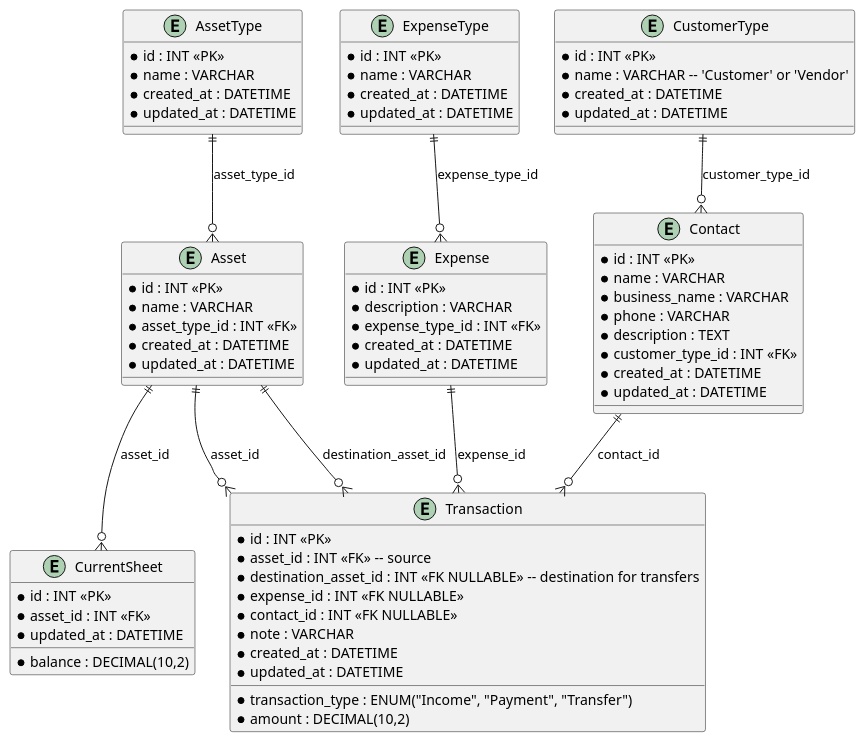
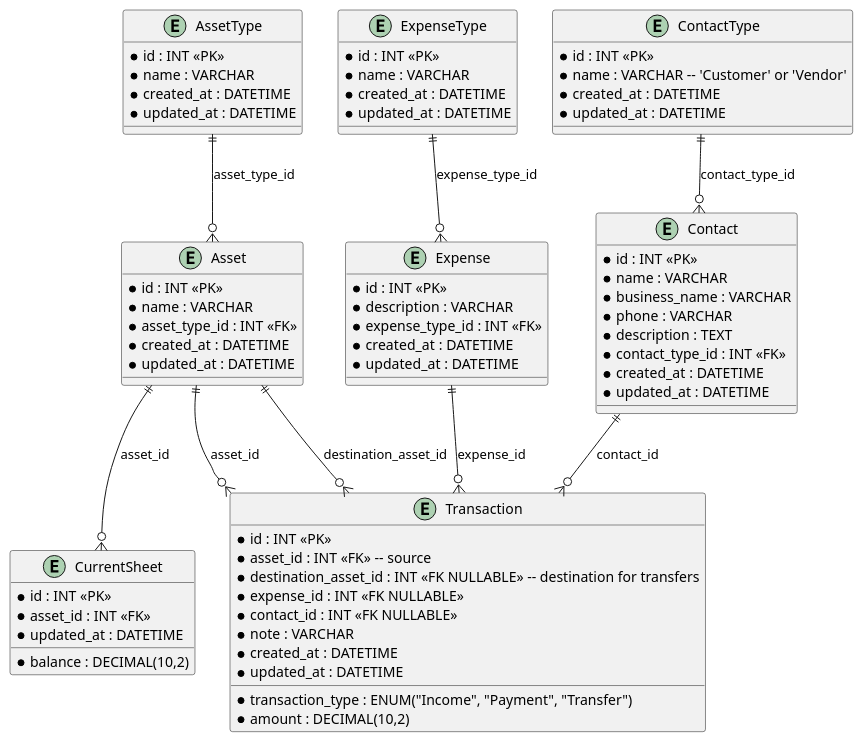
One commit to otterdev0341/mini-banking changed the diagram in docs/er.plantuml. Above: the diagram before and after it, drawn with PlantUML. The commit also changed 37 other files, not shown here.

```diff
--- a/docs/er.plantuml
+++ b/docs/er.plantuml
@@ -1,80 +1,80 @@
 @startuml "self-bank"
 
 entity AssetType {
   *id : INT <<PK>>
   *name : VARCHAR
   *created_at : DATETIME
   *updated_at : DATETIME
 }
 
 entity Asset {
   *id : INT <<PK>>
   *name : VARCHAR
   *asset_type_id : INT <<FK>>
   *created_at : DATETIME
   *updated_at : DATETIME
 }
 
 entity ExpenseType {
   *id : INT <<PK>>
   *name : VARCHAR
   *created_at : DATETIME
   *updated_at : DATETIME
 }
 
 entity Expense {
   *id : INT <<PK>>
   *description : VARCHAR
   *expense_type_id : INT <<FK>>
   *created_at : DATETIME
   *updated_at : DATETIME
 }
 
-entity CustomerType {
+entity ContactType {
   *id : INT <<PK>>
   *name : VARCHAR -- 'Customer' or 'Vendor'
   *created_at : DATETIME
   *updated_at : DATETIME
 }
 
 entity Contact {
   *id : INT <<PK>>
   *name : VARCHAR
   *business_name : VARCHAR
   *phone : VARCHAR
   *description : TEXT
-  *customer_type_id : INT <<FK>>
+  *contact_type_id : INT <<FK>>
   *created_at : DATETIME
   *updated_at : DATETIME
 }
 
 entity Transaction {
   *id : INT <<PK>>
   *transaction_type : ENUM("Income", "Payment", "Transfer")
   *amount : DECIMAL(10,2)
   *asset_id : INT <<FK>> -- source
   *destination_asset_id : INT <<FK NULLABLE>> -- destination for transfers
   *expense_id : INT <<FK NULLABLE>>
   *contact_id : INT <<FK NULLABLE>>
   *note : VARCHAR
   *created_at : DATETIME
   *updated_at : DATETIME
 }
 
 entity CurrentSheet {
   *id : INT <<PK>>
   *asset_id : INT <<FK>>
   *balance : DECIMAL(10,2)
   *updated_at : DATETIME
 }
 
 AssetType ||--o{ Asset : asset_type_id
 ExpenseType ||--o{ Expense : expense_type_id
-CustomerType ||--o{ Contact : customer_type_id
+ContactType ||--o{ Contact : contact_type_id
 Contact ||--o{ Transaction : contact_id
 Asset ||--o{ Transaction : asset_id
 Asset ||--o{ Transaction : destination_asset_id
 Expense ||--o{ Transaction : expense_id
 Asset ||--o{ CurrentSheet : asset_id
 
 @enduml
```
